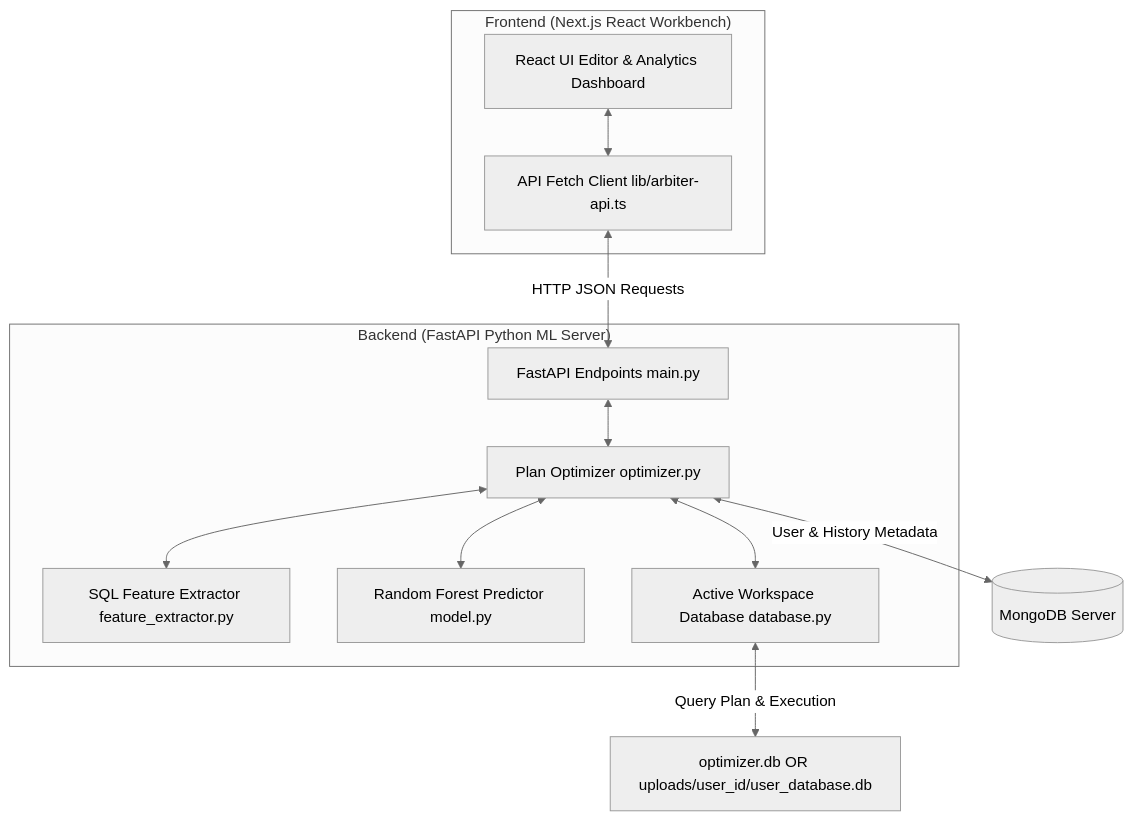
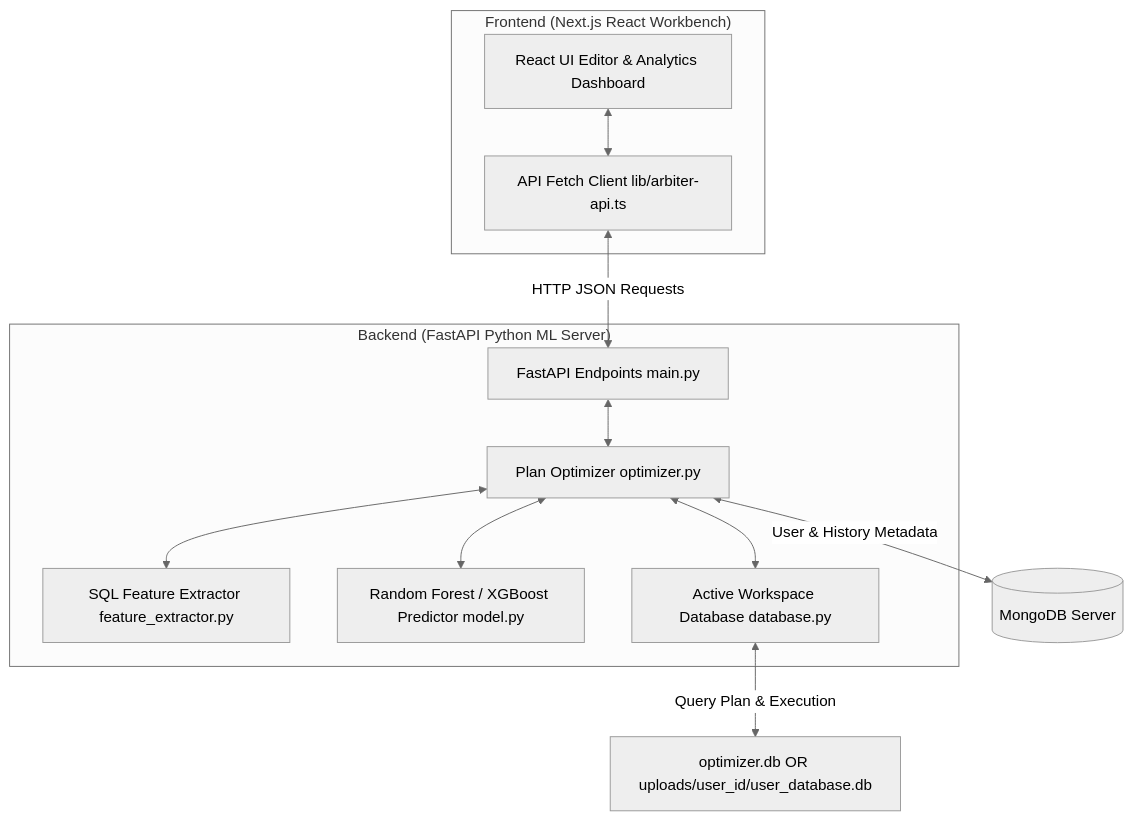
Before and after one commit to jhanvi857/Arbiter: the diagram in README.md, drawn with Mermaid (neutral theme). The commit also changed other lines of this file and 1 other file, not shown here.

Commit message:
docs: update root and backend README files with xgboost rationale, 14 features, and splits

````diff
--- a/README.md
+++ b/README.md
@@ -11,25 +11,25 @@
 ```mermaid
 graph TD
     subgraph Frontend ["Frontend (Next.js React Workbench)"]
         UI[React UI Editor & Analytics Dashboard]
         API_Client[API Fetch Client lib/arbiter-api.ts]
         UI <--> API_Client
     end
 
     subgraph Backend ["Backend (FastAPI Python ML Server)"]
         API_Router[FastAPI Endpoints main.py]
         Optimizer_Engine[Plan Optimizer optimizer.py]
         Feature_Extractor[SQL Feature Extractor feature_extractor.py]
-        ML_Estimator[Random Forest Predictor model.py]
+        ML_Estimator[Random Forest / XGBoost Predictor model.py]
         DB_Connection[Active Workspace Database database.py]
         
         API_Router <--> Optimizer_Engine
         Optimizer_Engine <--> Feature_Extractor
         Optimizer_Engine <--> ML_Estimator
         Optimizer_Engine <--> DB_Connection
     end
     
     API_Client <-->|HTTP JSON Requests| API_Router
     DB_Connection <-->|Query Plan & Execution| Local_SQLite[optimizer.db OR uploads/user_id/user_database.db]
     Optimizer_Engine <-->|User & History Metadata| MongoDB[(MongoDB Server)]
 ```
````
